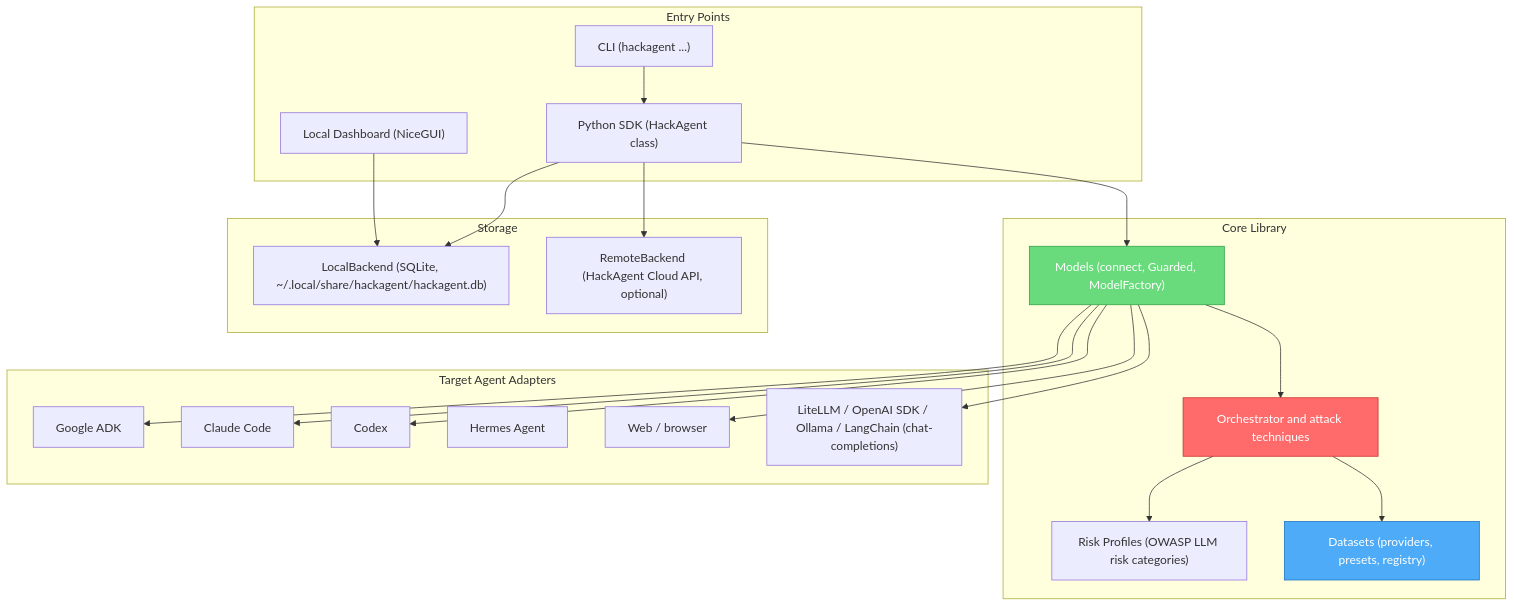
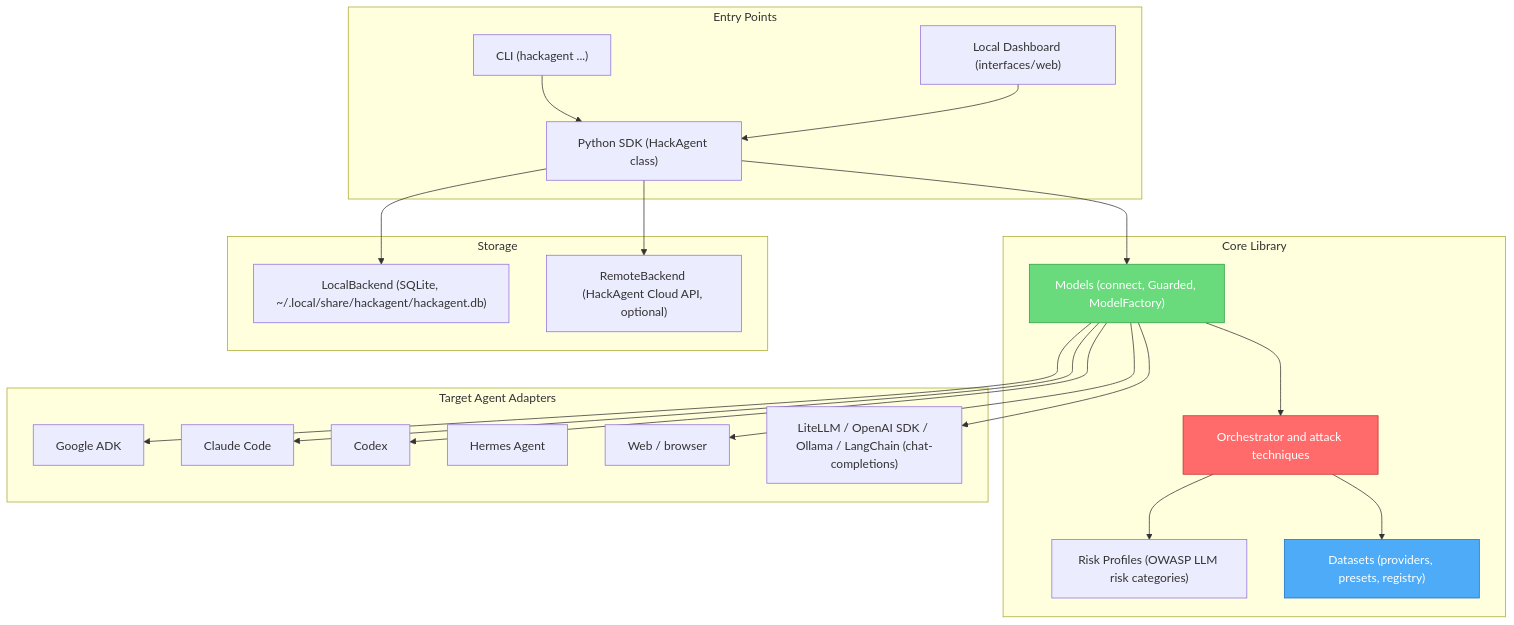
Before and after one commit to AISecurityLab/hackagent: the first of 2 diagrams in docs/docs/architecture/system-overview.mdx, drawn with Mermaid. The commit also changed other lines of this file and 238 other files, not shown here.

````diff
--- a/docs/docs/architecture/system-overview.mdx
+++ b/docs/docs/architecture/system-overview.mdx
@@ -11,50 +11,50 @@
 ```mermaid
 graph TB
     subgraph "Entry Points"
         SDK["Python SDK (HackAgent class)"]
         CLI["CLI (hackagent ...)"]
-        DASH["Local Dashboard (NiceGUI)"]
+        DASH["Local Dashboard (interfaces/web)"]
     end
 
     subgraph "Core Library"
         ROUTER["Models (connect, Guarded, ModelFactory)"]
         ATTACKS["Orchestrator and attack techniques"]
         RISKS["Risk Profiles (OWASP LLM risk categories)"]
         DATASETS["Datasets (providers, presets, registry)"]
     end
 
     subgraph "Storage"
         LOCAL["LocalBackend (SQLite, ~/.local/share/hackagent/hackagent.db)"]
         REMOTE["RemoteBackend (HackAgent Cloud API, optional)"]
     end
 
     subgraph "Target Agent Adapters"
         ADK["Google ADK"]
         CLAUDE["Claude Code"]
         CODEX["Codex"]
         HERMES["Hermes Agent"]
         WEBP["Web / browser"]
         CHAT["LiteLLM / OpenAI SDK / Ollama / LangChain (chat-completions)"]
     end
 
     SDK --> ROUTER
     CLI --> SDK
-    DASH --> LOCAL
+    DASH --> SDK
 
     ROUTER --> ATTACKS
     ATTACKS --> RISKS
     ATTACKS --> DATASETS
 
     ROUTER --> ADK
     ROUTER --> CLAUDE
     ROUTER --> CODEX
     ROUTER --> WEBP
     ROUTER --> CHAT
 
     SDK --> LOCAL
     SDK --> REMOTE
 
     style ATTACKS fill:#ff6b6b,stroke:#c92a2a,color:#fff
     style DATASETS fill:#4dabf7,stroke:#1971c2,color:#fff
     style ROUTER fill:#69db7c,stroke:#2f9e44,color:#fff
 ```
````
